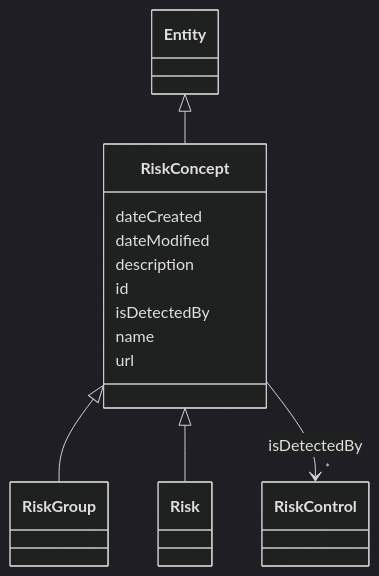
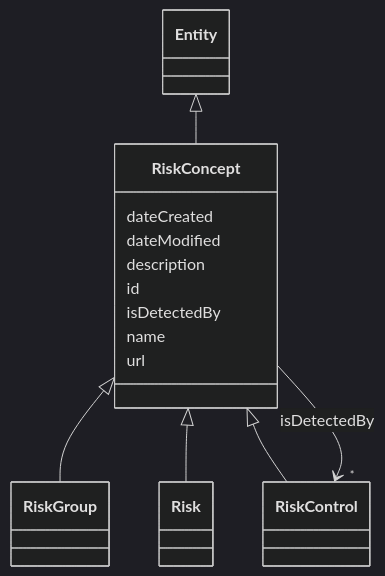
Before and after one commit to zrlfba/risk-atlas-nexus: the diagram in docs/ontology/RiskConcept.md, drawn with Mermaid (dark theme). The commit also changed other lines of this file and 40 other files, not shown here.

````diff
--- a/docs/ontology/RiskConcept.md
+++ b/docs/ontology/RiskConcept.md
@@ -19,37 +19,39 @@
 ```mermaid
  classDiagram
     class RiskConcept
     click RiskConcept href "../RiskConcept"
       Entity <|-- RiskConcept
         click Entity href "../Entity"
       
 
       RiskConcept <|-- RiskGroup
         click RiskGroup href "../RiskGroup"
       RiskConcept <|-- Risk
         click Risk href "../Risk"
+      RiskConcept <|-- RiskControl
+        click RiskControl href "../RiskControl"
       
       
       RiskConcept : dateCreated
         
       RiskConcept : dateModified
         
       RiskConcept : description
         
       RiskConcept : id
         
       RiskConcept : isDetectedBy
         
           
     
     
     RiskConcept --> "*" RiskControl : isDetectedBy
     click RiskControl href "../RiskControl"
 
         
       RiskConcept : name
         
       RiskConcept : url
         
       
 ```
````
